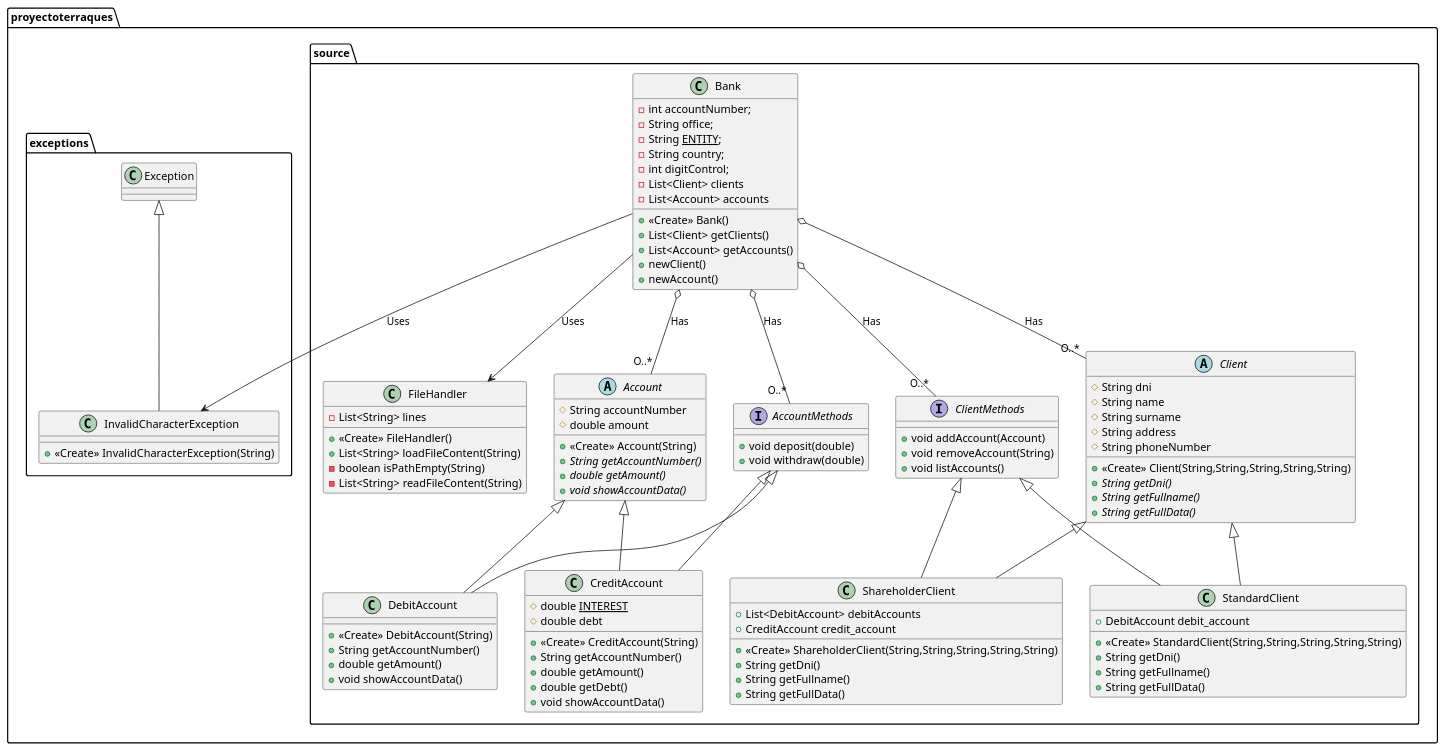
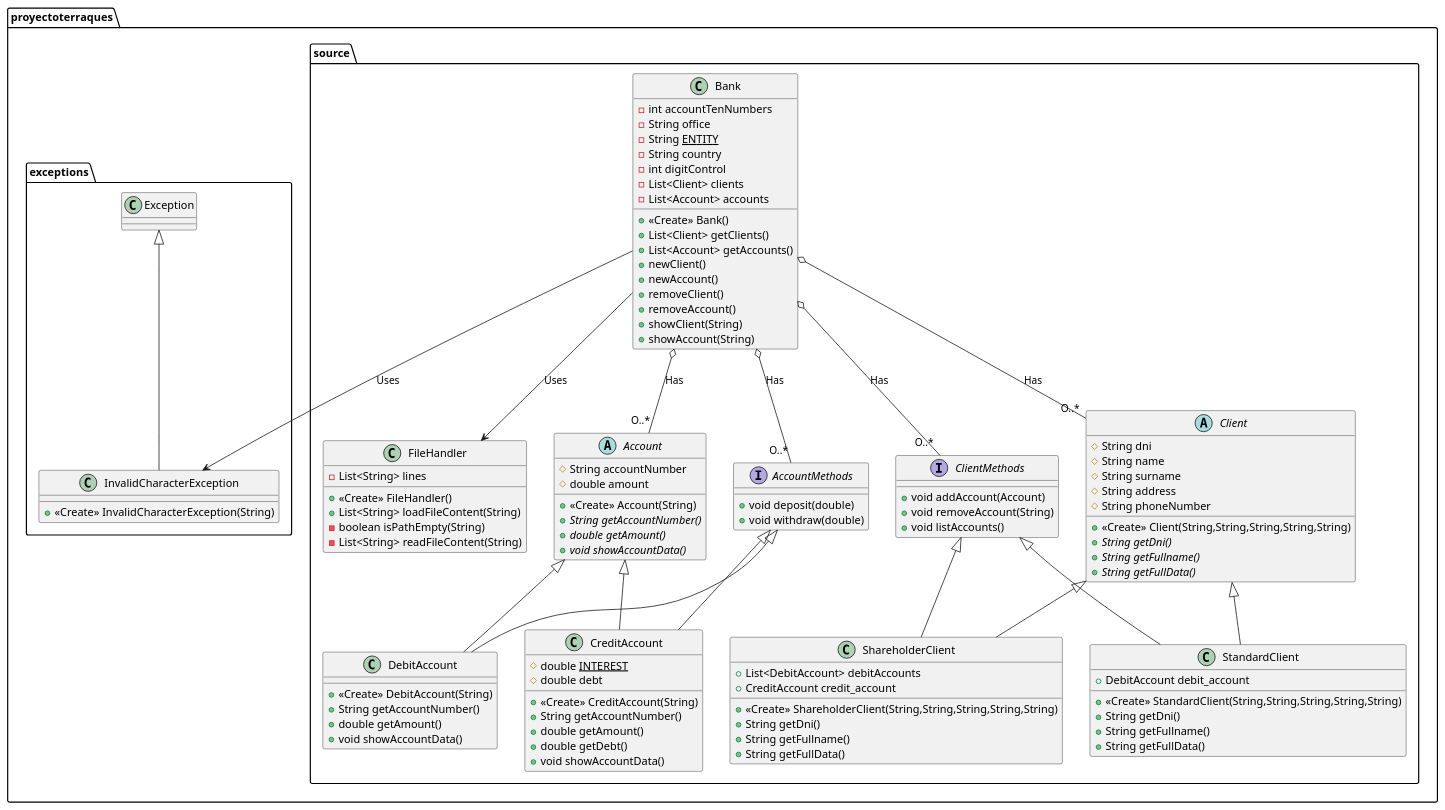
One commit to eabol/awesome-projects-prograii changed the diagram in proyectoTerraques/src/proyectoterraques/docs/diagram.puml. Above: the diagram before and after it, drawn with PlantUML. The commit also changed 36 other files, not shown here.

```diff
--- a/proyectoTerraques/src/proyectoterraques/docs/diagram.puml
+++ b/proyectoTerraques/src/proyectoterraques/docs/diagram.puml
@@ -1,126 +1,130 @@
 @startuml
 
 
 class proyectoterraques.source.Bank {
-- int accountNumber;
-- String office;
-- String <u>ENTITY</u>;
-- String country;
-- int digitControl;
+- int accountTenNumbers
+- String office
+- String <u>ENTITY</u>
+- String country
+- int digitControl
 - List<Client> clients
 - List<Account> accounts
 + <<Create>> Bank()
 + List<Client> getClients()
 + List<Account> getAccounts()
 + newClient()
 + newAccount()
++ removeClient()
++ removeAccount()
++ showClient(String)
++ showAccount(String)
 
 }
 
 abstract class proyectoterraques.source.Client {
 # String dni
 # String name
 # String surname
 # String address
 # String phoneNumber
 + <<Create>> Client(String,String,String,String,String)
 + {abstract}String getDni()
 + {abstract}String getFullname()
 + {abstract}String getFullData()
 }
 
 class proyectoterraques.source.ShareholderClient {
 + <<Create>> ShareholderClient(String,String,String,String,String)
 + String getDni()
 + String getFullname()
 + String getFullData()
 + List<DebitAccount> debitAccounts
 + CreditAccount credit_account
 }
 
 class proyectoterraques.source.StandardClient {
 + <<Create>> StandardClient(String,String,String,String,String)
 + String getDni()
 + String getFullname()
 + String getFullData()
 + DebitAccount debit_account
 }
 
 abstract class proyectoterraques.source.Account {
 #  String accountNumber
 #  double amount
 + <<Create>> Account(String)
 + {abstract} String getAccountNumber()
 + {abstract} double getAmount()
 + {abstract} void showAccountData()
 
 }
 
 interface proyectoterraques.source.AccountMethods {
 + void deposit(double)
 + void withdraw(double)
 
 
 }
 
 interface proyectoterraques.source.ClientMethods {
 +void addAccount(Account)
 +void removeAccount(String)
 +void listAccounts()
 
 }
 
 class proyectoterraques.source.DebitAccount {
 + <<Create>> DebitAccount(String)
 + String getAccountNumber()
 + double getAmount()
 + void showAccountData()
 
 
 }
 
 class proyectoterraques.source.CreditAccount {
 # double <u>INTEREST</u>
 # double debt
 + <<Create>> CreditAccount(String)
 + String getAccountNumber()
 + double getAmount()
 + double getDebt()
 + void showAccountData()
 
 
 }
 
 class proyectoterraques.source.FileHandler {
 - List<String> lines
 + <<Create>> FileHandler()
 + List<String> loadFileContent(String)
 - boolean isPathEmpty(String)
 - List<String> readFileContent(String)
 }
 
 class proyectoterraques.exceptions.Exception{
 
 }
 
 class proyectoterraques.exceptions.InvalidCharacterException{
 + <<Create>> InvalidCharacterException(String)
 
 }
 
 proyectoterraques.source.Bank o-- "O..*" proyectoterraques.source.Account : Has
 proyectoterraques.source.Bank o-- "O..*" proyectoterraques.source.Client : Has
 proyectoterraques.source.Bank o-- "O..*" proyectoterraques.source.AccountMethods : Has
 proyectoterraques.source.Bank o-- "O..*" proyectoterraques.source.ClientMethods : Has
 proyectoterraques.source.Client <|-- proyectoterraques.source.ShareholderClient
 proyectoterraques.source.ClientMethods <|-- proyectoterraques.source.ShareholderClient
 proyectoterraques.source.Account <|-- proyectoterraques.source.DebitAccount
 proyectoterraques.source.AccountMethods <|-- proyectoterraques.source.DebitAccount
 proyectoterraques.source.Client <|-- proyectoterraques.source.StandardClient
 proyectoterraques.source.ClientMethods <|-- proyectoterraques.source.StandardClient
 proyectoterraques.source.Account <|-- proyectoterraques.source.CreditAccount
 proyectoterraques.source.AccountMethods <|-- proyectoterraques.source.CreditAccount
 proyectoterraques.source.Bank --> proyectoterraques.source.FileHandler : Uses
 proyectoterraques.source.Bank --> proyectoterraques.exceptions.InvalidCharacterException : Uses
 proyectoterraques.exceptions.Exception <|-- proyectoterraques.exceptions.InvalidCharacterException
 @enduml
```
